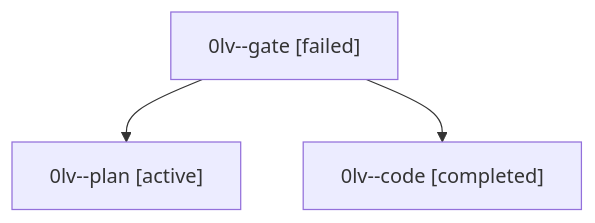
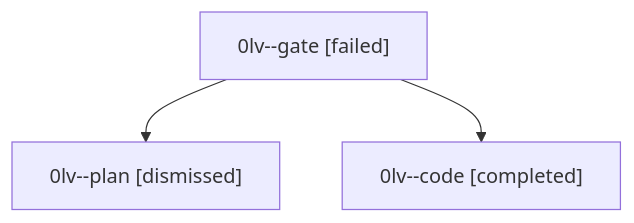
The diagram in sessions/bbugyi200.athena.0lv.md (sase-org/sase--agents), drawn with Mermaid before and after one commit. The commit also changed other lines of this file and 42 other files, not shown here.

````diff
--- a/sessions/bbugyi200.athena.0lv.md
+++ b/sessions/bbugyi200.athena.0lv.md
@@ -9,8 +9,8 @@
 ```mermaid
 flowchart TD
   n0["0lv--gate [failed]"]
-  n1["0lv--plan [active]"]
+  n1["0lv--plan [dismissed]"]
   n0 --> n1
   n2["0lv--code [completed]"]
   n0 --> n2
 ```
````
